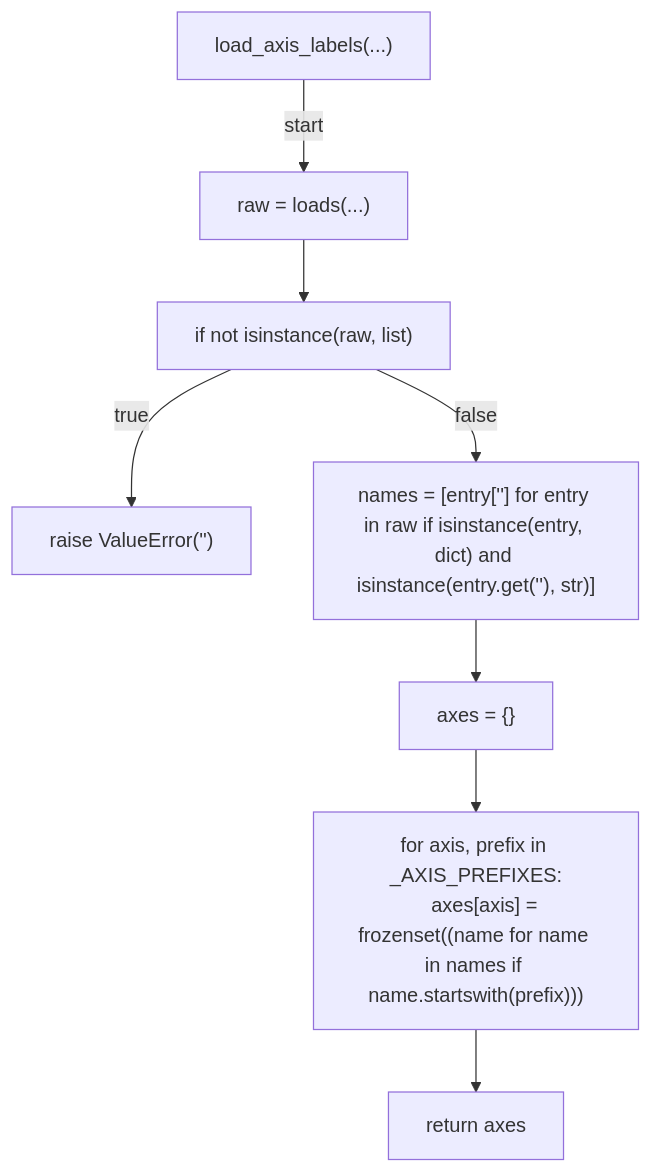
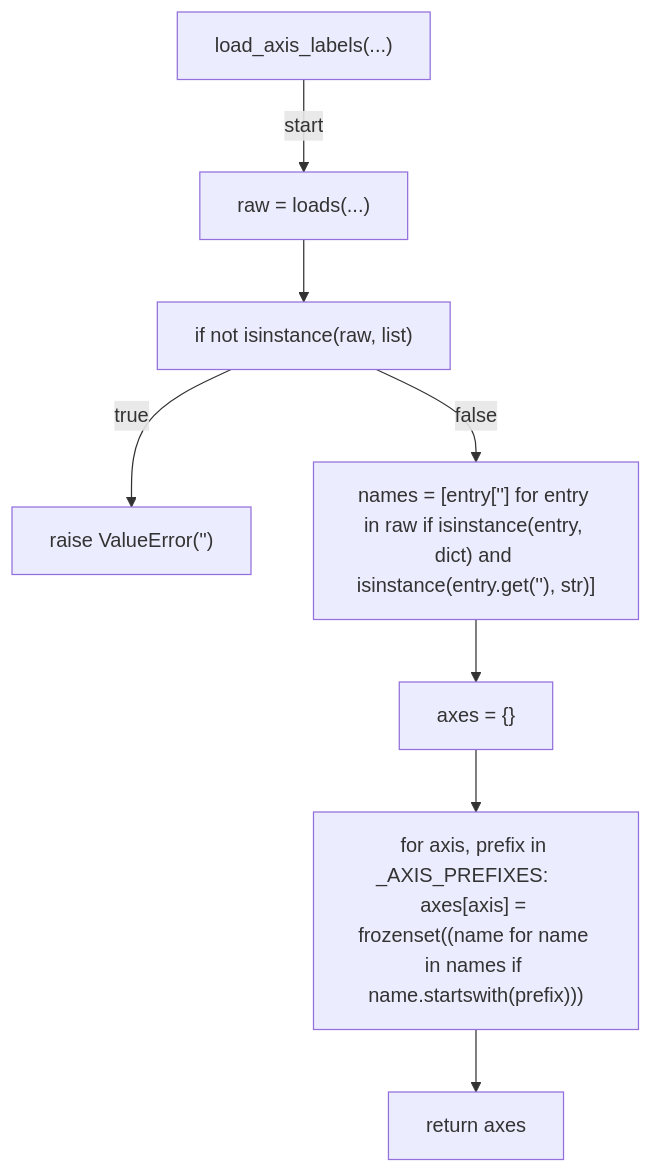
The first of 5 diagrams in docs/generated/scripts/ast/gate_issue_classification_labels.md (tvna/claude-md), drawn with Mermaid before and after one commit. The commit also changed other lines of this file and 30 other files, not shown here.

First line of the commit message:
docs(generated): regenerate decision tree and workflow diagrams (batch 2/5)

````diff
--- a/docs/generated/scripts/ast/gate_issue_classification_labels.md
+++ b/docs/generated/scripts/ast/gate_issue_classification_labels.md
@@ -7,19 +7,18 @@
 ```mermaid
 flowchart TD
     N001["load_axis_labels(...)"]
     N002["raw = loads(...)"]
     N003["if not isinstance(raw, list)"]
     N004["raise ValueError('<str>')"]
     N005["names = [entry['<str>'] for entry in raw if isinstance(entry, dict) and isinstance(entry.get('<str>'), str)]"]
     N006["axes = {}"]
-    N007["for axis, prefix in _AXIS_PREFIXES:
-    axes[axis] = frozenset((name for name in names if name.startswith(prefix)))"]
+    N007["for axis, prefix in _AXIS_PREFIXES:     axes[axis] = frozenset((name for name in names if name.startswith(prefix)))"]
     N008["return axes"]
     N001 -->|"start"| N002
     N002 --> N003
     N003 -->|"true"| N004
     N003 -->|"false"| N005
     N005 --> N006
     N006 --> N007
     N007 --> N008
 ```
````
